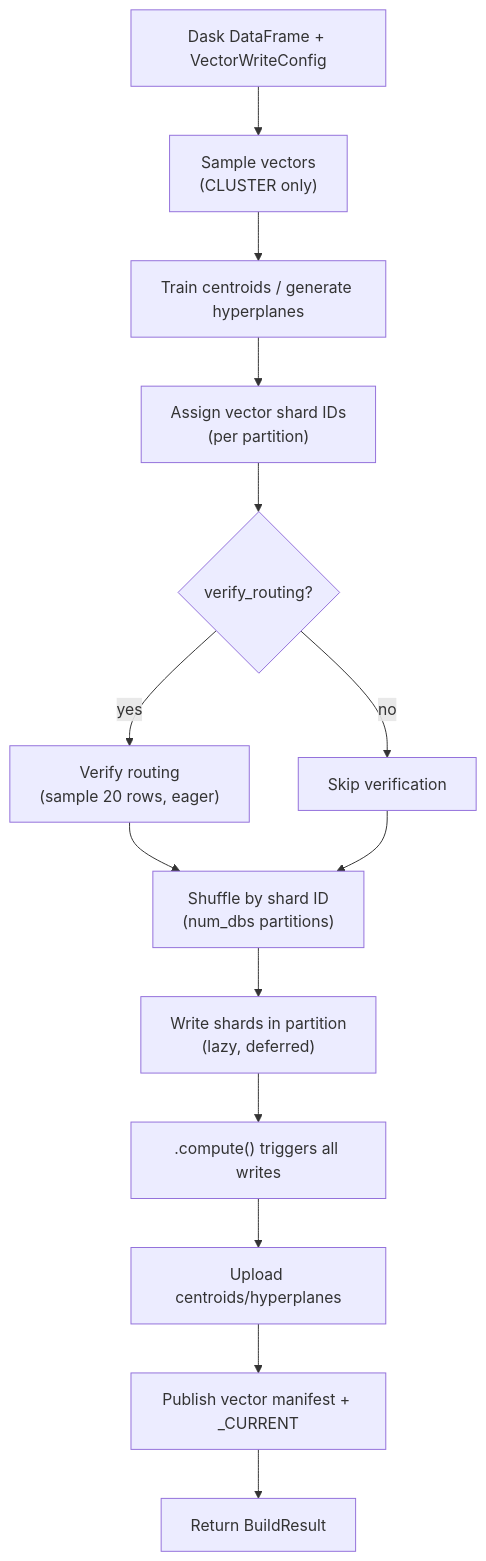
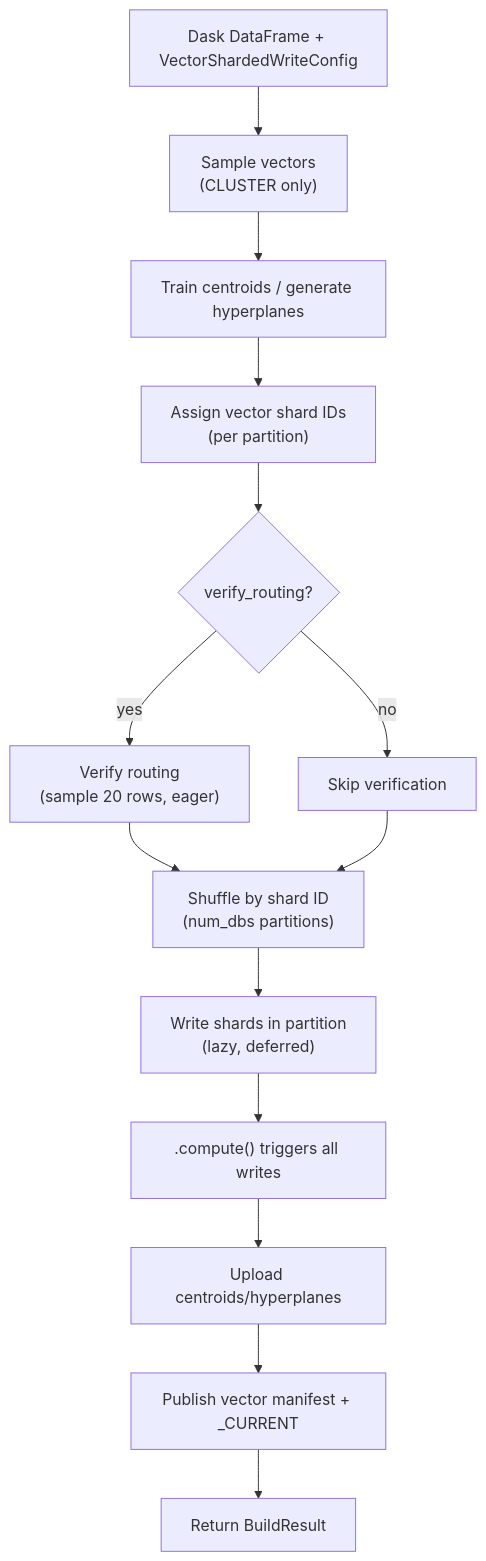
Before and after one commit to elkin/shardyfusion: the diagram in docs/use-cases/vector/build/dask.md, drawn with Mermaid. The commit also changed other lines of this file and 27 other files, not shown here.

````diff
--- a/docs/use-cases/vector/build/dask.md
+++ b/docs/use-cases/vector/build/dask.md
@@ -114,16 +123,16 @@
 ```mermaid
 flowchart TD
-    A[Dask DataFrame + VectorWriteConfig] --> B["Sample vectors<br/>(CLUSTER only)"]
+    A[Dask DataFrame + VectorShardedWriteConfig] --> B["Sample vectors<br/>(CLUSTER only)"]
     B --> C["Train centroids / generate hyperplanes"]
     C --> D["Assign vector shard IDs<br/>(per partition)"]
     D --> E{"verify_routing?"}
     E -->|yes| F["Verify routing<br/>(sample 20 rows, eager)"]
     E -->|no| G[Skip verification]
     F --> H["Shuffle by shard ID<br/>(num_dbs partitions)"]
     G --> H
     H --> I["Write shards in partition<br/>(lazy, deferred)"]
     I --> J[".compute() triggers all writes"]
     J --> K["Upload centroids/hyperplanes"]
     K --> L["Publish vector manifest + _CURRENT"]
     L --> M[Return BuildResult]
 ```
````
